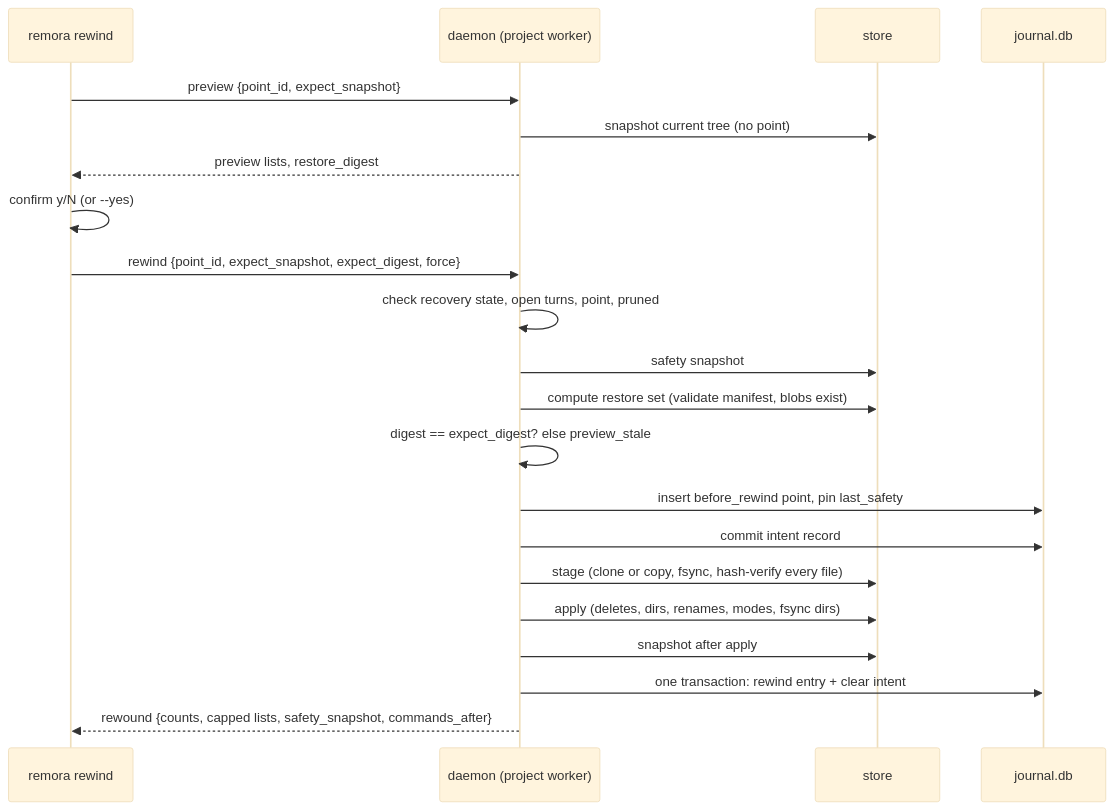
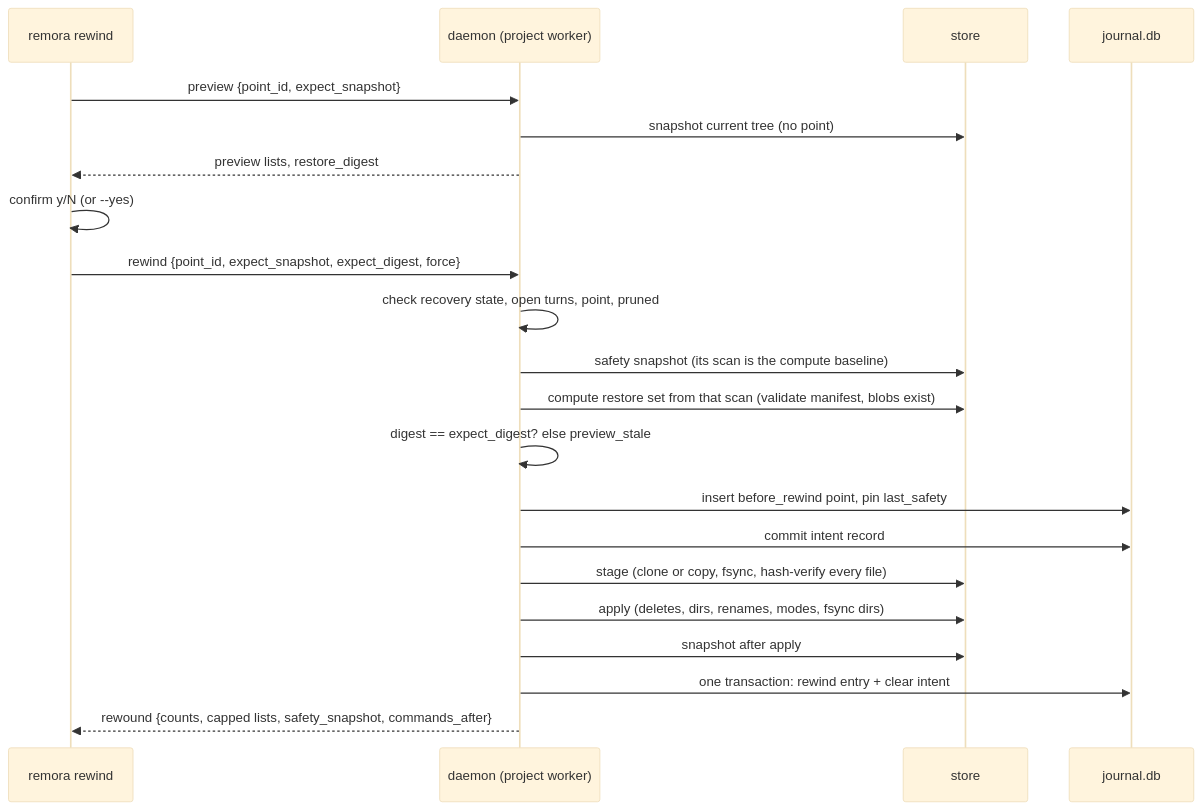
The fourth of 7 diagrams in docs/design/remora.md (wolfware-labs/Remora), drawn with Mermaid (base theme) before and after one commit. The commit also changed other lines of this file and 1 other file, not shown here.

First line of the commit message:
docs: add the v1 roadmap and settle spec details

````diff
--- a/docs/design/remora.md
+++ b/docs/design/remora.md
@@ -1041,23 +1057,23 @@
 ```mermaid
 sequenceDiagram
   participant CLI as remora rewind
   participant D as daemon (project worker)
   participant S as store
   participant J as journal.db
   CLI->>D: preview {point_id, expect_snapshot}
   D->>S: snapshot current tree (no point)
   D-->>CLI: preview lists, restore_digest
   CLI->>CLI: confirm y/N (or --yes)
   CLI->>D: rewind {point_id, expect_snapshot, expect_digest, force}
   D->>D: check recovery state, open turns, point, pruned
-  D->>S: safety snapshot
-  D->>S: compute restore set (validate manifest, blobs exist)
+  D->>S: safety snapshot (its scan is the compute baseline)
+  D->>S: compute restore set from that scan (validate manifest, blobs exist)
   D->>D: digest == expect_digest? else preview_stale
   D->>J: insert before_rewind point, pin last_safety
   D->>J: commit intent record
   D->>S: stage (clone or copy, fsync, hash-verify every file)
   D->>S: apply (deletes, dirs, renames, modes, fsync dirs)
   D->>S: snapshot after apply
   D->>J: one transaction: rewind entry + clear intent
   D-->>CLI: rewound {counts, capped lists, safety_snapshot, commands_after}
 ```
````
